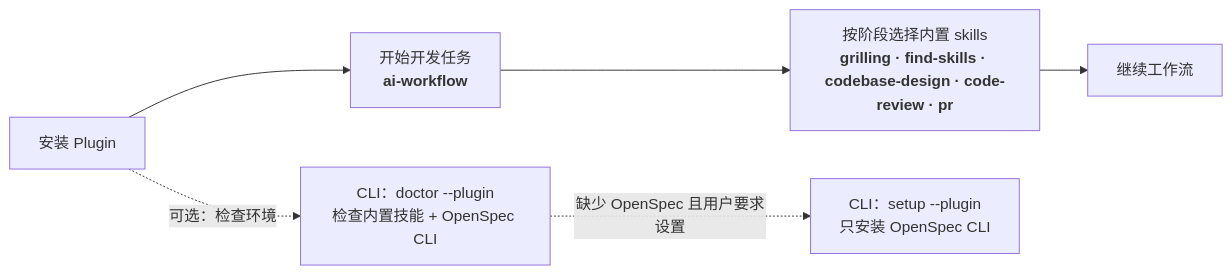
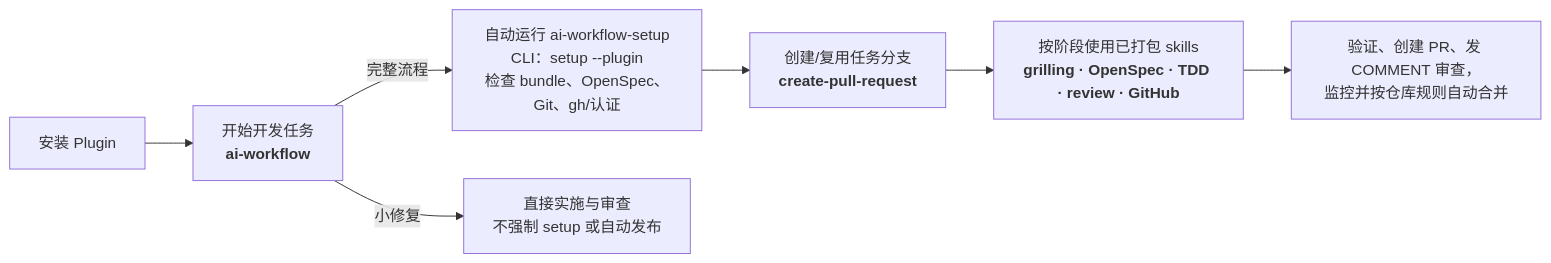
One commit to shuaibilx/AI-workflow-coding changed the second of 2 diagrams in README.zh-CN.md. Above: the diagram before and after it, drawn with Mermaid. The commit also changed other lines of this file and 68 other files, not shown here.

Commit message:
feat: bundle workflow skills and GitHub delivery

````diff
--- a/README.zh-CN.md
+++ b/README.zh-CN.md
@@ -93,8 +94,9 @@
 ```mermaid
 flowchart LR
     A[安装 Plugin] --> W["开始开发任务<br/><b>ai-workflow</b>"]
-    W --> S["按阶段选择内置 skills<br/><b>grilling · find-skills · codebase-design · code-review · pr</b>"]
-    S --> D["继续工作流"]
-    A -.->|可选：检查环境| C["CLI：doctor --plugin<br/>检查内置技能 + OpenSpec CLI"]
-    C -.->|缺少 OpenSpec 且用户要求设置| I["CLI：setup --plugin<br/>只安装 OpenSpec CLI"]
+    W -->|完整流程| C["自动运行 ai-workflow-setup<br/>CLI：setup --plugin<br/>检查 bundle、OpenSpec、Git、gh/认证"]
+    C --> B["创建/复用任务分支<br/><b>create-pull-request</b>"]
+    B --> S["按阶段使用已打包 skills<br/><b>grilling · OpenSpec · TDD · review · GitHub</b>"]
+    S --> D["验证、创建 PR、发 COMMENT 审查，<br/>监控并按仓库规则自动合并"]
+    W -->|小修复| F["直接实施与审查<br/>不强制 setup 或自动发布"]
 ```
````
